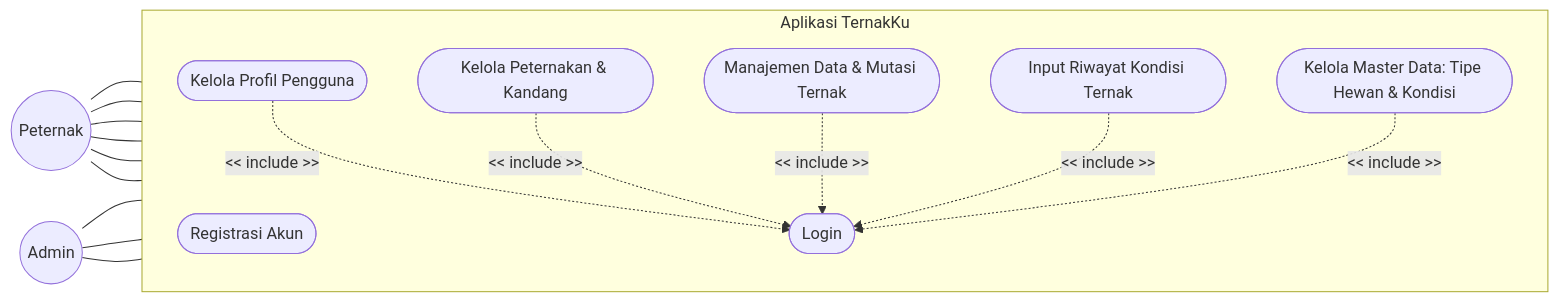
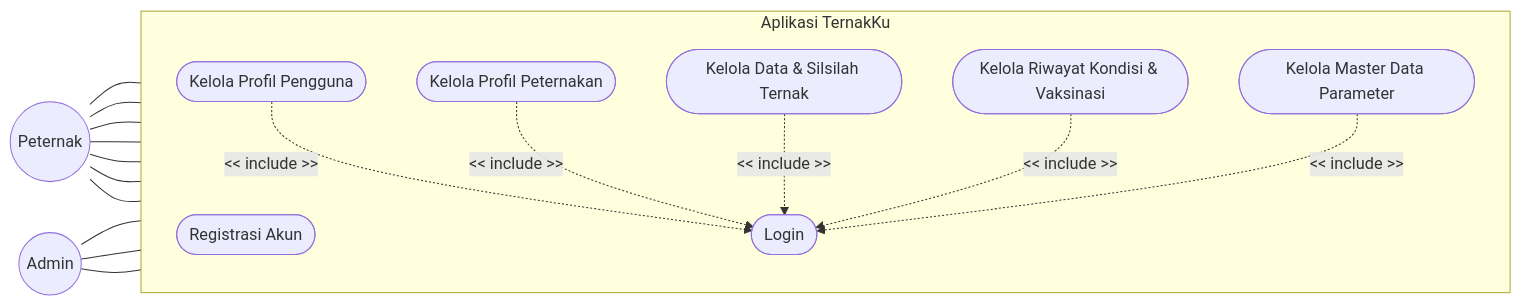
One commit to ahmadsubhand/TernakKu-IPB changed the first of 2 diagrams in backend/README.md. Above: the diagram before and after it, drawn with Mermaid. The commit also changed other lines of this file and 3 other files, not shown here.

Commit message:
feat(docs): update readme and erd for simplify application requirements

````diff
--- a/backend/README.md
+++ b/backend/README.md
@@ -40,36 +40,37 @@
 ```mermaid
 flowchart LR
     Peternak((Peternak))
     Admin((Admin))
     
     subgraph Aplikasi TernakKu
         direction TB
         UC1([Registrasi Akun])
         UC2([Login])
         UC3([Kelola Profil Pengguna])
-        UC4([Kelola Peternakan & Kandang])
-        UC5([Manajemen Data & Mutasi Ternak])
-        UC6([Input Riwayat Kondisi Ternak])
-        UC7([Kelola Master Data: Tipe Hewan & Kondisi])
+        UC4([Kelola Profil Peternakan])
+        UC5([Kelola Data & Silsilah Ternak])
+        UC6([Kelola Riwayat Kondisi & Vaksinasi])
+        UC7([Kelola Master Data Parameter])
     end
     
     %% Relasi Peternak
     Peternak --- UC1
     Peternak --- UC2
     Peternak --- UC3
     Peternak --- UC4
     Peternak --- UC5
     Peternak --- UC6
+    Peternak --- UC7
     
     %% Relasi Admin
     Admin --- UC2
     Admin --- UC3
     Admin --- UC7
     
     %% Relasi Include (Harus Login terlebih dahulu)
     UC3 -.->|<< include >>| UC2
     UC4 -.->|<< include >>| UC2
     UC5 -.->|<< include >>| UC2
     UC6 -.->|<< include >>| UC2
     UC7 -.->|<< include >>| UC2
 ```
````
